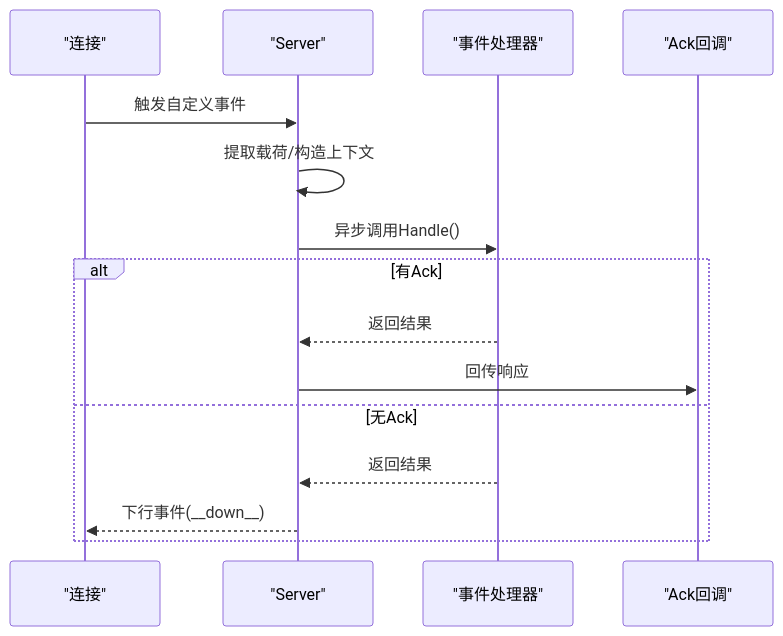
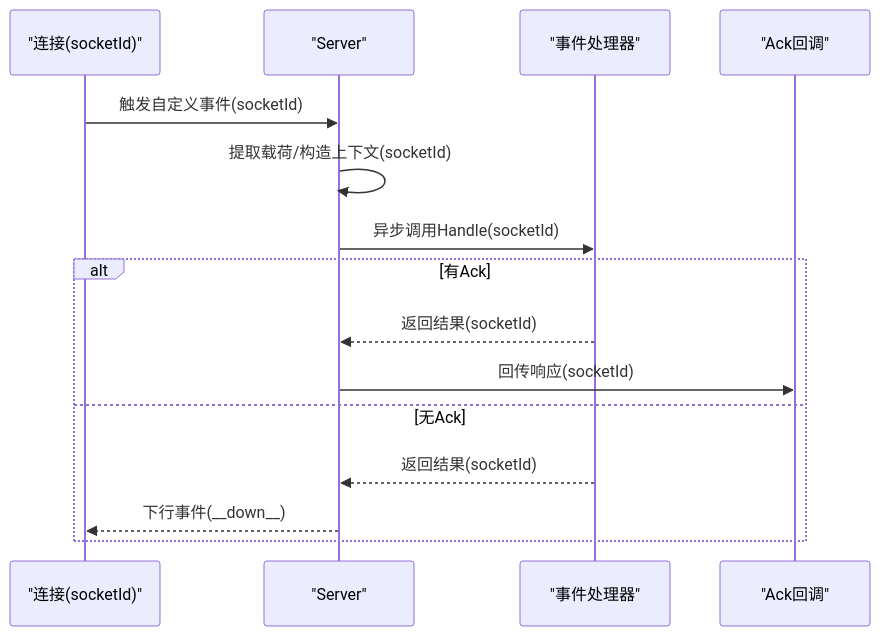
The fifth of 7 diagrams in .qoder/repowiki/zh/content/系统架构设计/服务通信机制/SocketIO实时通信/SocketIO服务器架构.md (maomao94/zero-service), drawn with Mermaid before and after one commit. The commit also changed other lines of this file and 15 other files, not shown here.

````diff
--- a/.qoder/repowiki/zh/content/系统架构设计/服务通信机制/SocketIO实时通信/SocketIO服务器架构.md
+++ b/.qoder/repowiki/zh/content/系统架构设计/服务通信机制/SocketIO实时通信/SocketIO服务器架构.md
@@ -220,17 +237,17 @@
 ```mermaid
 sequenceDiagram
-participant Conn as "连接"
+participant Conn as "连接(socketId)"
 participant S as "Server"
 participant EH as "事件处理器"
 participant Ack as "Ack回调"
-Conn->>S : 触发自定义事件
-S->>S : 提取载荷/构造上下文
-S->>EH : 异步调用Handle()
+Conn->>S : 触发自定义事件(socketId)
+S->>S : 提取载荷/构造上下文(socketId)
+S->>EH : 异步调用Handle(socketId)
 alt 有Ack
-EH-->>S : 返回结果
-S->>Ack : 回传响应
+EH-->>S : 返回结果(socketId)
+S->>Ack : 回传响应(socketId)
 else 无Ack
-EH-->>S : 返回结果
+EH-->>S : 返回结果(socketId)
 S-->>Conn : 下行事件(__down__)
 end
 ```
````
